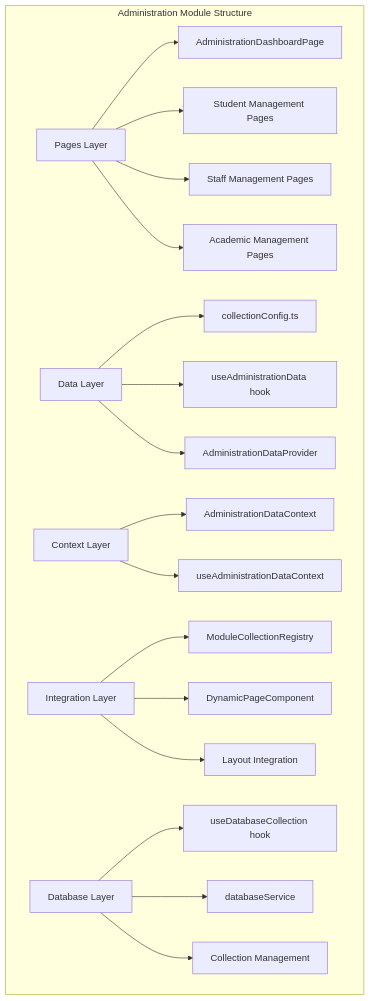
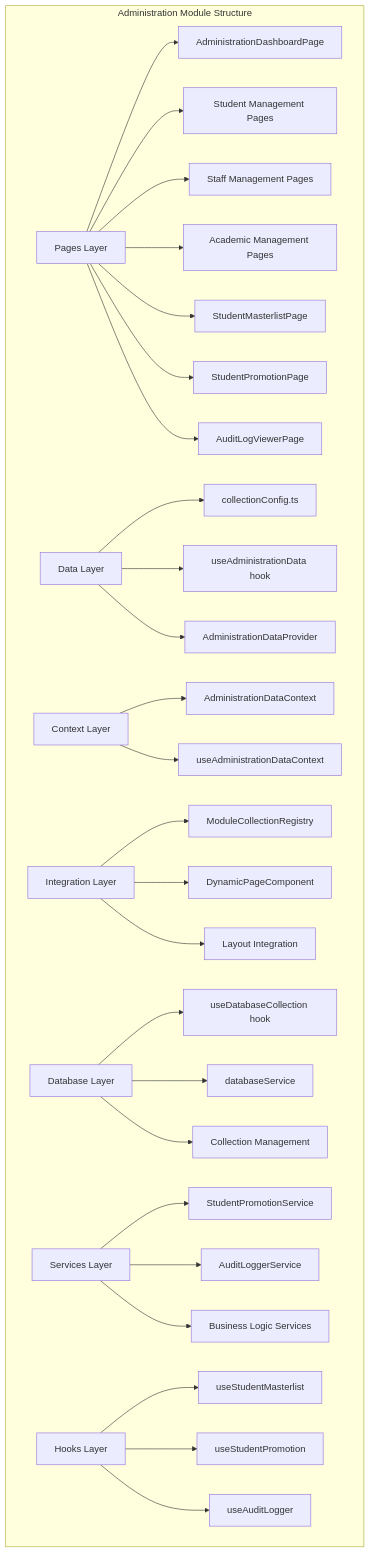
The first of 5 diagrams in .qoder/repowiki/en/content/Modules System/Administration Module.md (geniusdynamics/schoolpilot), drawn with Mermaid before and after one commit. The commit also changed other lines of this file and 21 other files, not shown here.

````diff
--- a/.qoder/repowiki/en/content/Modules System/Administration Module.md
+++ b/.qoder/repowiki/en/content/Modules System/Administration Module.md
@@ -61,25 +77,36 @@
 ```mermaid
 graph TB
 subgraph "Administration Module Structure"
 A[Pages Layer]
 B[Data Layer]
 C[Context Layer]
 D[Integration Layer]
 E[Database Layer]
+F[Services Layer]
+G[Hooks Layer]
 A --> A1[AdministrationDashboardPage]
 A --> A2[Student Management Pages]
 A --> A3[Staff Management Pages]
 A --> A4[Academic Management Pages]
+A --> A5[StudentMasterlistPage]
+A --> A6[StudentPromotionPage]
+A --> A7[AuditLogViewerPage]
 B --> B1[collectionConfig.ts]
 B --> B2[useAdministrationData hook]
 B --> B3[AdministrationDataProvider]
 C --> C1[AdministrationDataContext]
 C --> C2[useAdministrationDataContext]
 D --> D1[ModuleCollectionRegistry]
 D --> D2[DynamicPageComponent]
 D --> D3[Layout Integration]
 E --> E1[useDatabaseCollection hook]
 E --> E2[databaseService]
 E --> E3[Collection Management]
+F --> F1[StudentPromotionService]
+F --> F2[AuditLoggerService]
+F --> F3[Business Logic Services]
+G --> G1[useStudentMasterlist]
+G --> G2[useStudentPromotion]
+G --> G3[useAuditLogger]
 end
 ```
````
